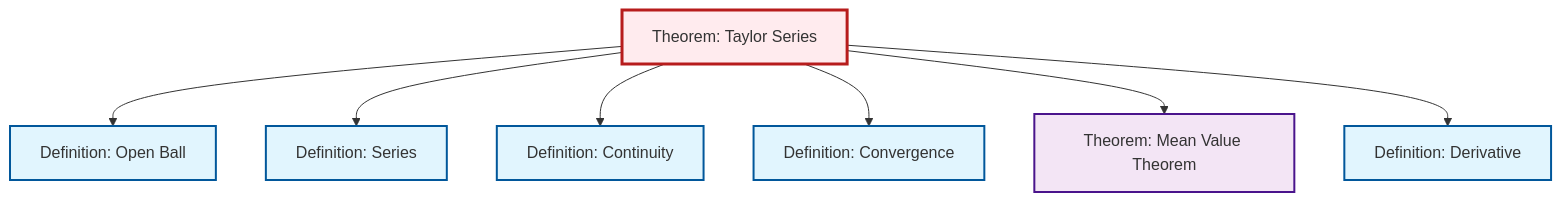
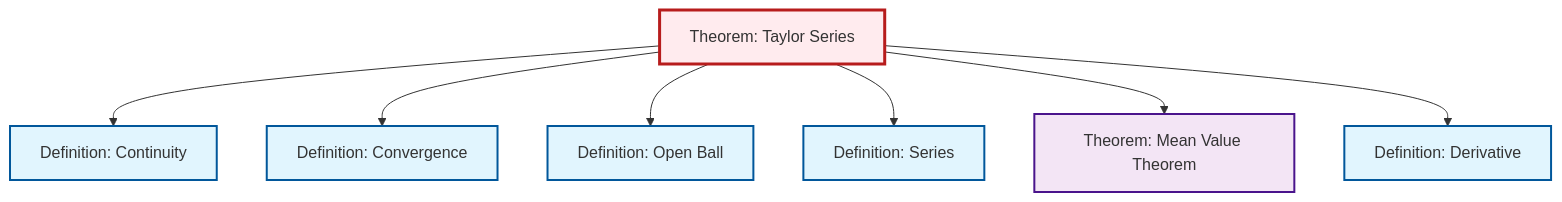
Before and after one commit to RK0429/ModernMath: the diagram in content/en/analysis/thm-taylor-series.qmd, drawn with Mermaid. The commit also changed other lines of this file and 328 other files, not shown here.

````diff
--- a/content/en/analysis/thm-taylor-series.qmd
+++ b/content/en/analysis/thm-taylor-series.qmd
@@ -108,29 +108,29 @@
 ```{mermaid}
 %%| fig-cap: "Local dependency graph"
 graph TD
     classDef definition fill:#e1f5fe,stroke:#01579b,stroke-width:2px
     classDef theorem fill:#f3e5f5,stroke:#4a148c,stroke-width:2px
     classDef axiom fill:#fff3e0,stroke:#e65100,stroke-width:2px
     classDef example fill:#e8f5e9,stroke:#1b5e20,stroke-width:2px
     classDef current fill:#ffebee,stroke:#b71c1c,stroke-width:3px
+    def-derivative["Definition: Derivative"]:::definition
+    def-open-ball["Definition: Open Ball"]:::definition
     thm-mean-value["Theorem: Mean Value Theorem"]:::theorem
-    def-derivative["Definition: Derivative"]:::definition
     def-convergence["Definition: Convergence"]:::definition
-    def-open-ball["Definition: Open Ball"]:::definition
     def-series["Definition: Series"]:::definition
     thm-taylor-series["Theorem: Taylor Series"]:::theorem
     def-continuity["Definition: Continuity"]:::definition
+    thm-taylor-series --> def-continuity
+    thm-taylor-series --> def-convergence
     thm-taylor-series --> def-open-ball
     thm-taylor-series --> def-series
-    thm-taylor-series --> def-continuity
-    thm-taylor-series --> def-convergence
     thm-taylor-series --> thm-mean-value
     thm-taylor-series --> def-derivative
     class thm-taylor-series current
+    click def-derivative "def-derivative.html" "Go to Derivative definition"
+    click def-open-ball "def-open-ball.html" "Go to Open Ball definition"
     click thm-mean-value "thm-mean-value.html" "Go to Mean Value Theorem theorem"
-    click def-derivative "def-derivative.html" "Go to Derivative definition"
     click def-convergence "def-convergence.html" "Go to Convergence definition"
-    click def-open-ball "def-open-ball.html" "Go to Open Ball definition"
     click def-series "def-series.html" "Go to Series definition"
     click def-continuity "def-continuity.html" "Go to Continuity definition"
 ```
````
